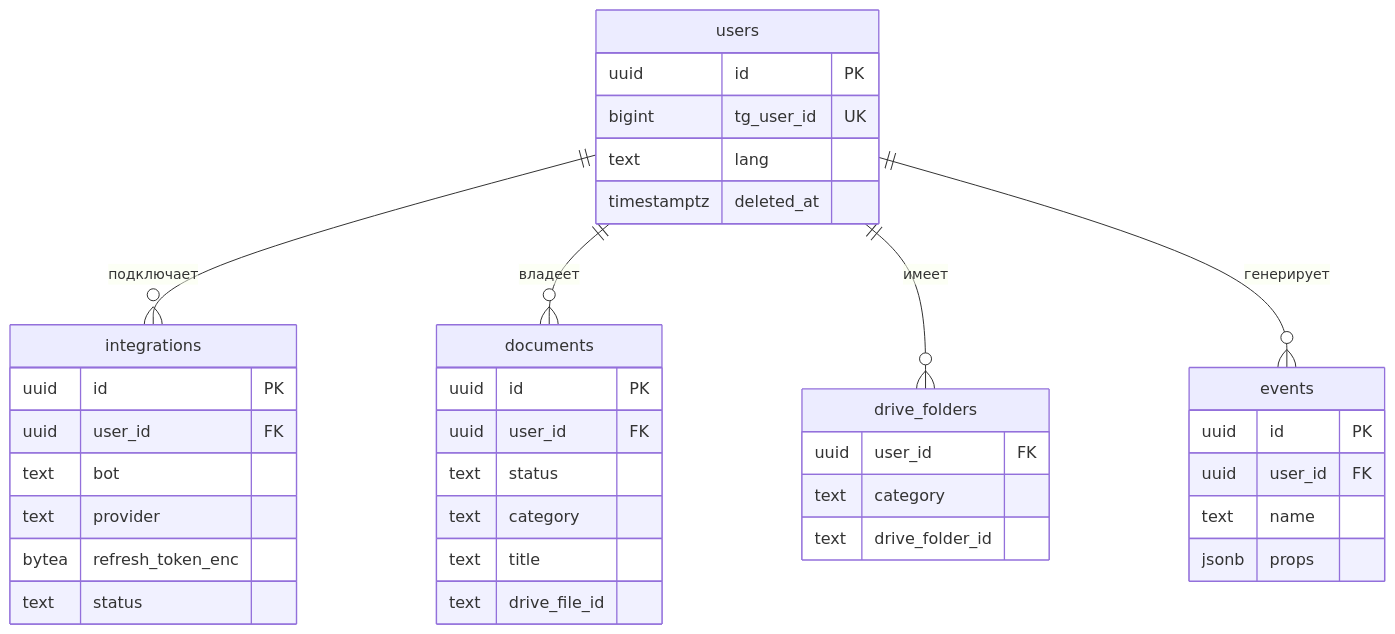
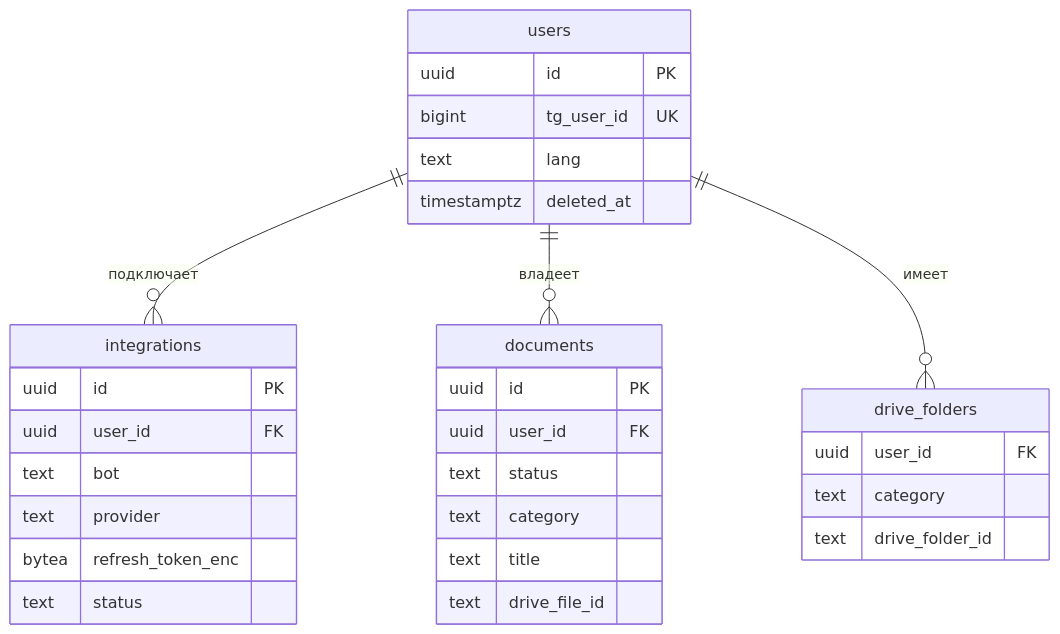
The diagram in docs/model.md (alexe0110/most-app), drawn with Mermaid before and after one commit. The commit also changed other lines of this file and 4 other files, not shown here.

````diff
--- a/docs/model.md
+++ b/docs/model.md
@@ -24,41 +23,34 @@
 ```mermaid
 erDiagram
     users ||--o{ integrations : "подключает"
     users ||--o{ documents : "владеет"
     users ||--o{ drive_folders : "имеет"
-    users ||--o{ events : "генерирует"
 
     users {
         uuid id PK
         bigint tg_user_id UK
         text lang
         timestamptz deleted_at
     }
     integrations {
         uuid id PK
         uuid user_id FK
         text bot
         text provider
         bytea refresh_token_enc
         text status
     }
     documents {
         uuid id PK
         uuid user_id FK
         text status
         text category
         text title
         text drive_file_id
     }
     drive_folders {
         uuid user_id FK
         text category
         text drive_folder_id
     }
-    events {
-        uuid id PK
-        uuid user_id FK
-        text name
-        jsonb props
-    }
 ```
````
